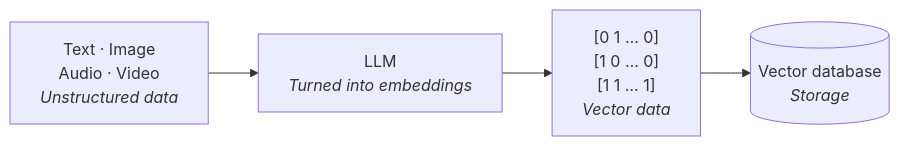
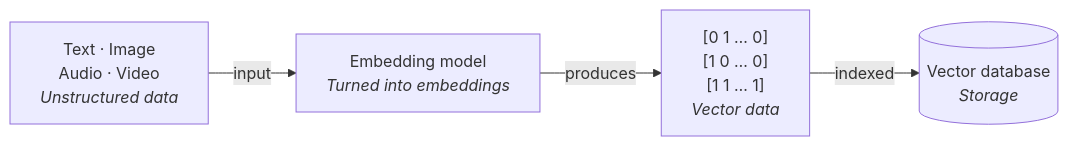
One commit to jcontrerasm/jcontrerasm.github.io changed the second of 7 diagrams in src/content/blog/en/que-es-rag.md. Above: the diagram before and after it, drawn with Mermaid. The commit also changed other lines of this file and 3 other files, not shown here.

````diff
--- a/src/content/blog/en/que-es-rag.md
+++ b/src/content/blog/en/que-es-rag.md
@@ -38,8 +57,8 @@
 ```mermaid
 flowchart LR
     A["Text · Image<br/>Audio · Video<br/><i>Unstructured data</i>"]
-    B["LLM<br/><i>Turned into embeddings</i>"]
+    B["Embedding model<br/><i>Turned into embeddings</i>"]
     C["[0 1 … 0]<br/>[1 0 … 0]<br/>[1 1 … 1]<br/><i>Vector data</i>"]
     D[("Vector database<br/><i>Storage</i>")]
-    A --> B --> C --> D
+    A -->|input| B -->|produces| C -->|indexed| D
 ```
````
